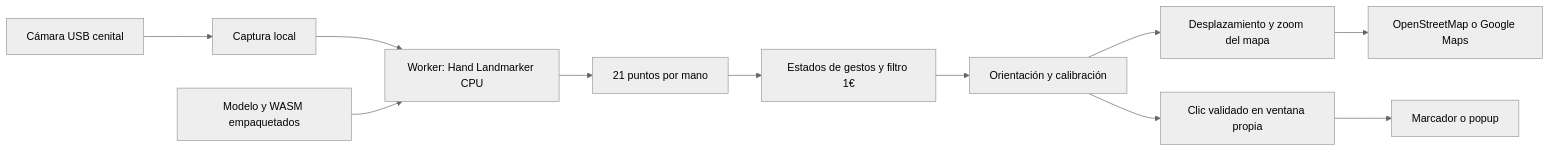
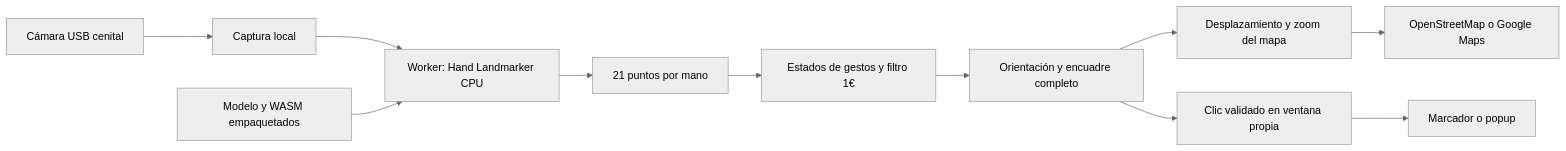
Before and after one commit to eeminionn/labTecnologiasEmergentes: the diagram in mapaGestualMLR/README.md, drawn with Mermaid (neutral theme). The commit also changed other lines of this file and 10 other files, not shown here.

````diff
--- a/mapaGestualMLR/README.md
+++ b/mapaGestualMLR/README.md
@@ -29,13 +32,13 @@
 ```mermaid
 flowchart LR
     A[Cámara USB cenital] --> B[Captura local]
     B --> C[Worker: Hand Landmarker CPU]
     C --> D[21 puntos por mano]
     D --> E[Estados de gestos y filtro 1€]
-    E --> F[Orientación y calibración]
+    E --> F[Orientación y encuadre completo]
     F --> G[Desplazamiento y zoom del mapa]
     F --> H[Clic validado en ventana propia]
     H --> I[Marcador o popup]
     G --> J[OpenStreetMap o Google Maps]
     K[Modelo y WASM empaquetados] --> C
 ```
````
